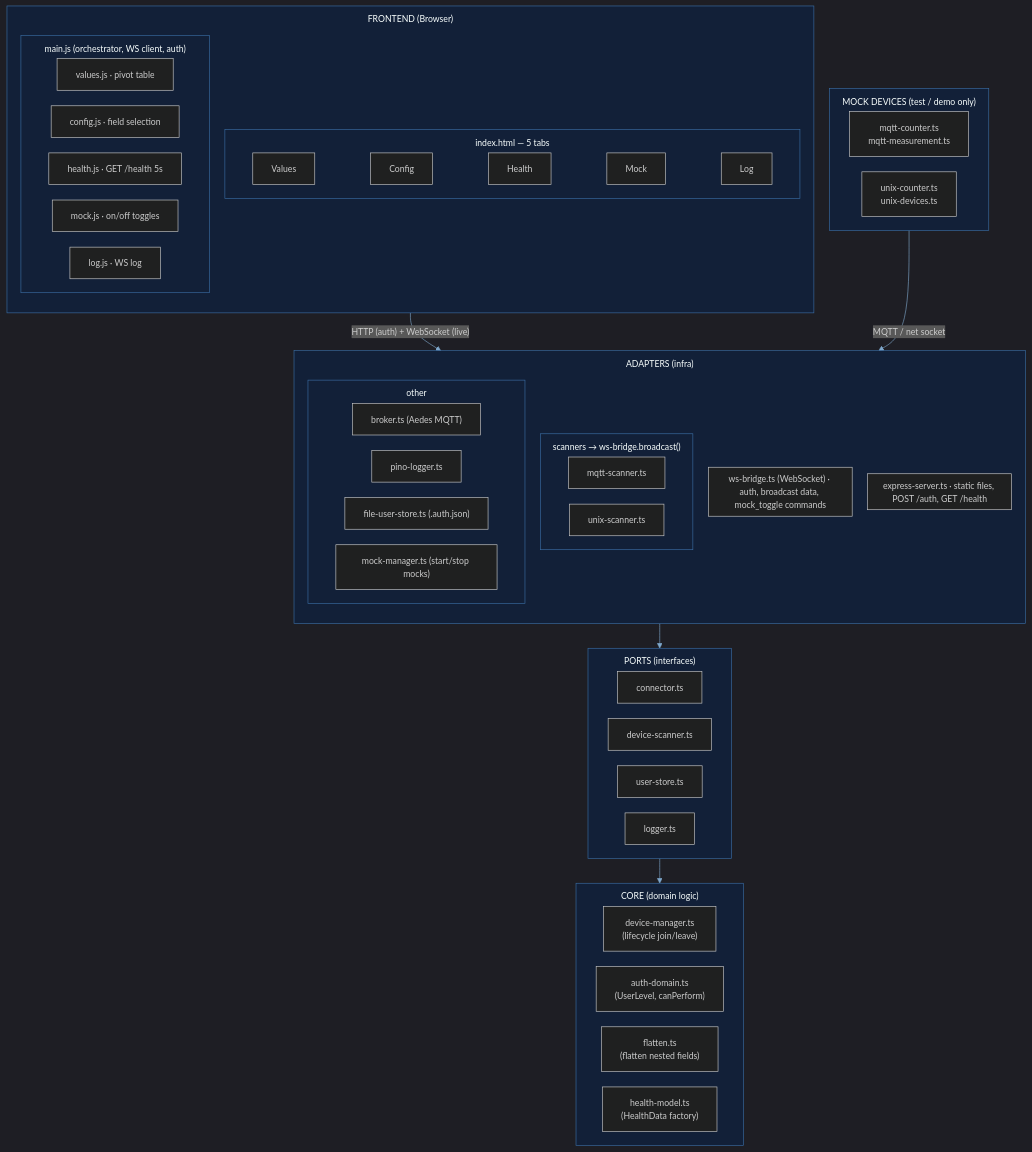
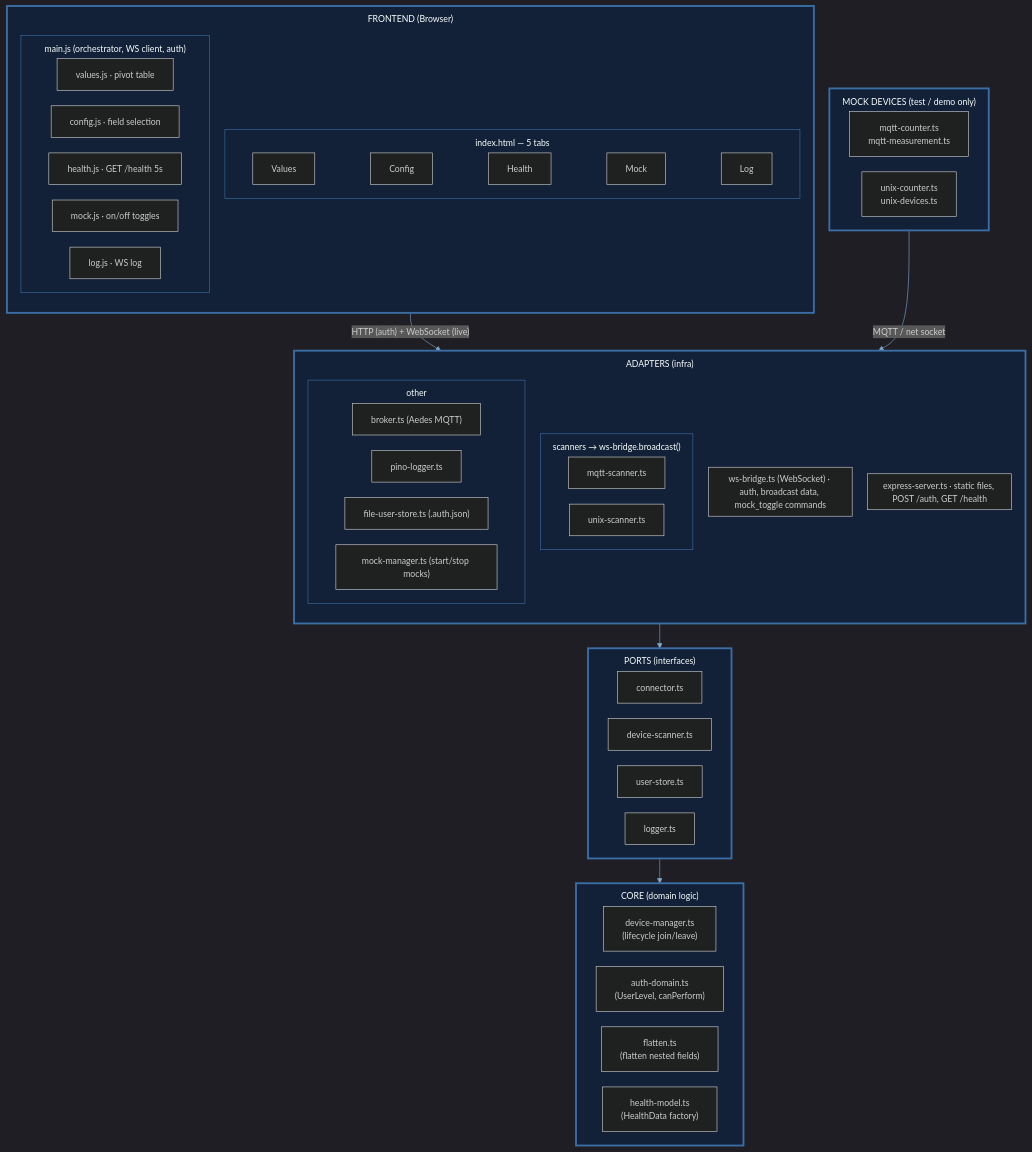
The diagram in documentation/images/docs-scripts/component-diagram.mmd (JuriPospelow/advancedGUI), drawn with Mermaid before and after one commit. The commit also changed 1 other file, not shown here.

Commit message:
docs: thicken component diagram layer borders to 3px

```diff
--- a/documentation/images/docs-scripts/component-diagram.mmd
+++ b/documentation/images/docs-scripts/component-diagram.mmd
@@ -1,65 +1,72 @@
 %%{init: {"theme":"dark","themeVariables":{"background":"#0f1b2d","primaryColor":"#16233c","primaryBorderColor":"#3b6ea5","primaryTextColor":"#e6edf5","clusterBkg":"#122038","clusterBorder":"#3b6ea5","lineColor":"#7fa8cc","fontSize":"14px"},"flowchart":{"rankDir":"TB","nodeSpacing":25,"rankSpacing":40,"useMaxWidth":false,"subGraphTitleMargin":{"top":10,"bottom":5}}}}%%
 
 flowchart TB
     subgraph FE["FRONTEND (Browser)"]
         direction TB
         subgraph FER["index.html — 5 tabs"]
             direction LR
             T1["Values"] ~~~ T2["Config"] ~~~ T3["Health"] ~~~ T4["Mock"] ~~~ T5["Log"]
         end
         subgraph FEM["main.js (orchestrator, WS client, auth)"]
             direction LR
             J1["values.js · pivot table"]
             J2["config.js · field selection"]
             J3["health.js · GET /health 5s"]
             J4["mock.js · on/off toggles"]
             J5["log.js · WS log"]
         end
     end
 
     subgraph ADAPT["ADAPTERS (infra)"]
         direction TB
         subgraph AEX["express-server.ts · static files, POST /auth, GET /health"]
         end
         subgraph AWS["ws-bridge.ts (WebSocket) · auth, broadcast data, mock_toggle commands"]
         end
         subgraph ASC["scanners → ws-bridge.broadcast()"]
             direction LR
             MQ["mqtt-scanner.ts"]
             UQ["unix-scanner.ts"]
         end
         subgraph AOTH["other"]
             direction LR
             B1["broker.ts (Aedes MQTT)"]
             LG["pino-logger.ts"]
             US["file-user-store.ts (.auth.json)"]
             MM["mock-manager.ts (start/stop mocks)"]
         end
     end
 
     subgraph PORTS["PORTS (interfaces)"]
         direction LR
         C1["connector.ts"]
         DS["device-scanner.ts"]
         UST["user-store.ts"]
         LGT["logger.ts"]
     end
 
     subgraph CORE["CORE (domain logic)"]
         direction LR
         DM["device-manager.ts<br/>(lifecycle join/leave)"]
         AD["auth-domain.ts<br/>(UserLevel, canPerform)"]
         FL["flatten.ts<br/>(flatten nested fields)"]
         HM["health-model.ts<br/>(HealthData factory)"]
     end
 
     subgraph MOCK["MOCK DEVICES (test / demo only)"]
         direction LR
         MC["mqtt-counter.ts<br/>mqtt-measurement.ts"]
         UC["unix-counter.ts<br/>unix-devices.ts"]
     end
 
     FE -- "HTTP (auth) + WebSocket (live)" --> ADAPT
     ADAPT --> PORTS
     PORTS --> CORE
     MOCK -- "MQTT / net socket" --> ADAPT
+
+    classDef thick stroke:#3b6ea5,stroke-width:3px
+    FE:::thick
+    ADAPT:::thick
+    PORTS:::thick
+    CORE:::thick
+    MOCK:::thick
```
